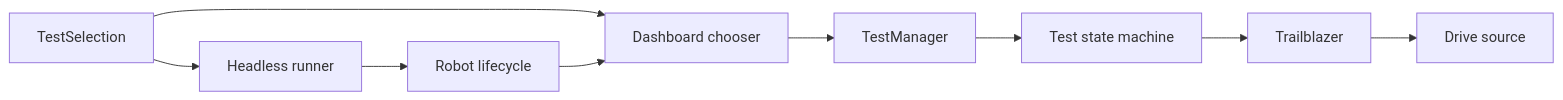
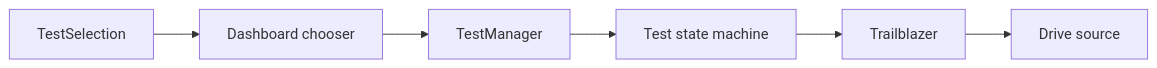
Before and after one commit to team581/offseason-2026: the diagram in docs/integration-testing.md, drawn with Mermaid. The commit also changed other lines of this file and 9 other files, not shown here.

````diff
--- a/docs/integration-testing.md
+++ b/docs/integration-testing.md
@@ -151,11 +82,8 @@
 ```mermaid
 flowchart LR
     Registry[TestSelection] --> Chooser[Dashboard chooser]
-    Registry --> Runner[Headless runner]
     Chooser --> Manager[TestManager]
-    Runner --> Robot[Robot lifecycle]
-    Robot --> Chooser
     Manager --> Test[Test state machine]
     Test --> Trailblazer
     Trailblazer --> Drive[Drive source]
 ```
````
